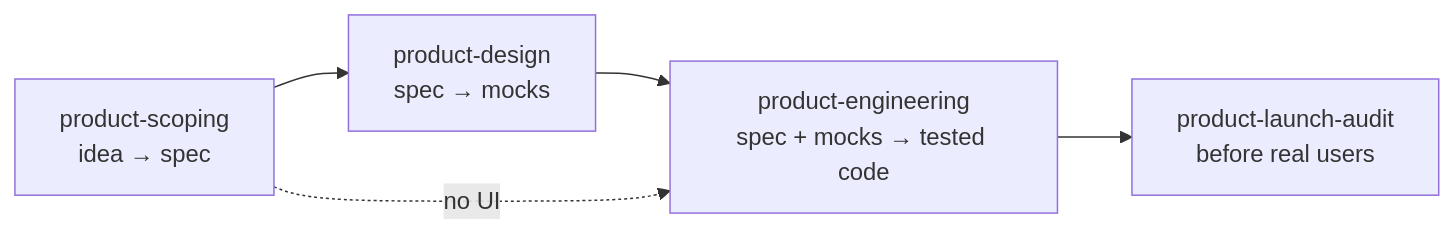
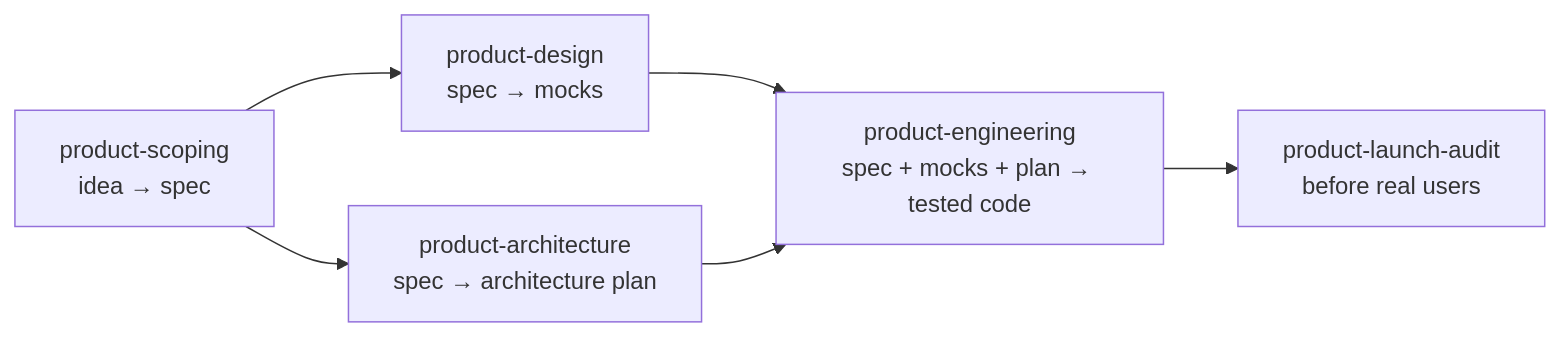
Before and after one commit to potlucktech/product-skills: the diagram in README.md, drawn with Mermaid. The commit also changed other lines of this file and 15 other files, not shown here.

First line of the commit message:
Plan analytics in architecture; let engineering set it up later

````diff
--- a/README.md
+++ b/README.md
@@ -7,7 +7,8 @@
 ```mermaid
 flowchart LR
     scope[product-scoping<br/>idea → spec] --> design[product-design<br/>spec → mocks]
-    design --> eng[product-engineering<br/>spec + mocks → tested code]
-    scope -. no UI .-> eng
+    scope --> arch[product-architecture<br/>spec → architecture plan]
+    design --> eng[product-engineering<br/>spec + mocks + plan → tested code]
+    arch --> eng
     eng --> audit[product-launch-audit<br/>before real users]
 ```
````
